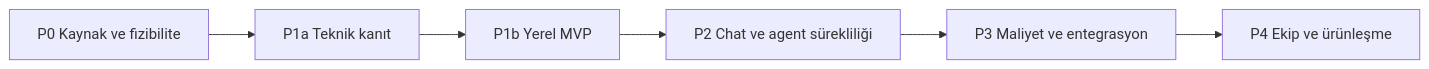
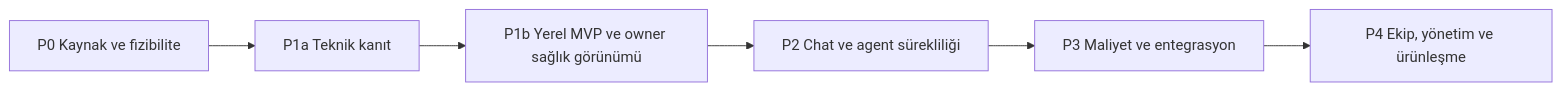
Before and after one commit to alphanAkbulut/decivora: the first of 2 diagrams in ROADMAP.md, drawn with Mermaid. The commit also changed other lines of this file and 15 other files, not shown here.

Commit message:
docs: align diagrams and define administration and operations

````diff
--- a/ROADMAP.md
+++ b/ROADMAP.md
@@ -5,8 +5,8 @@
 ```mermaid
 flowchart LR
     P0[P0 Kaynak ve fizibilite] --> P1A[P1a Teknik kanıt]
-    P1A --> P1B[P1b Yerel MVP]
+    P1A --> P1B[P1b Yerel MVP ve owner sağlık görünümü]
     P1B --> P2[P2 Chat ve agent sürekliliği]
     P2 --> P3[P3 Maliyet ve entegrasyon]
-    P3 --> P4[P4 Ekip ve ürünleşme]
+    P3 --> P4[P4 Ekip, yönetim ve ürünleşme]
 ```
````
